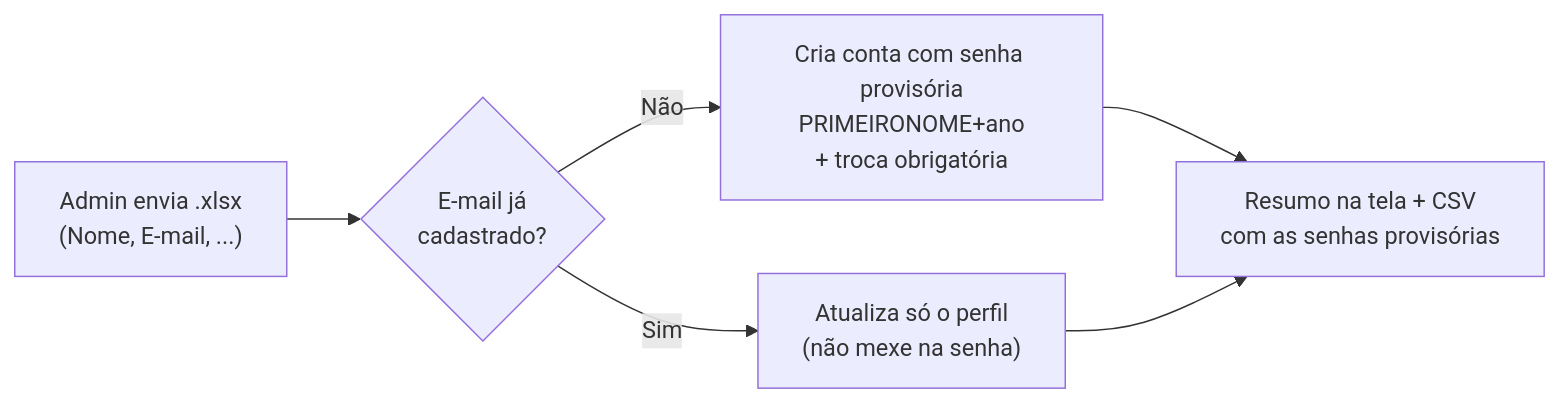
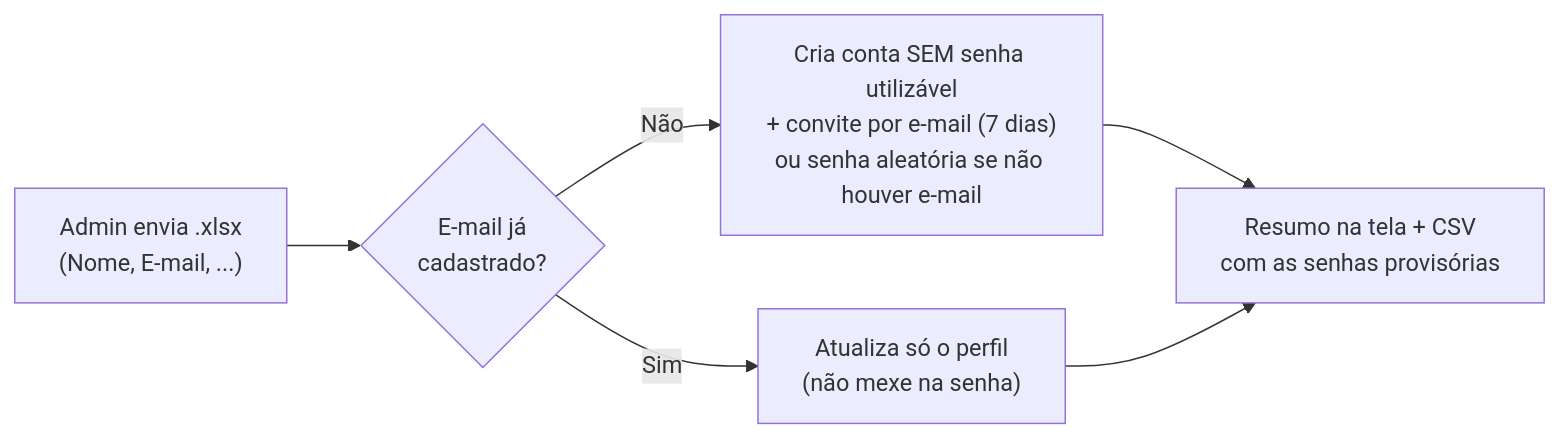
Before and after one commit to Vaniteux2006/pdv_memphis: the fourth of 5 diagrams in docs/04-fluxos-bpmn.md, drawn with Mermaid. The commit also changed 8 other files, not shown here.

````diff
--- a/docs/04-fluxos-bpmn.md
+++ b/docs/04-fluxos-bpmn.md
@@ -85,8 +85,8 @@
 ```mermaid
 flowchart LR
   E1["Admin envia .xlsx<br/>(Nome, E-mail, ...)"] --> E2{"E-mail já<br/>cadastrado?"}
-  E2 -- Não --> E3["Cria conta com senha provisória<br/>PRIMEIRONOME+ano<br/>+ troca obrigatória"]
+  E2 -- Não --> E3["Cria conta SEM senha utilizável<br/>+ convite por e-mail (7 dias)<br/>ou senha aleatória se não houver e-mail"]
   E2 -- Sim --> E4["Atualiza só o perfil<br/>(não mexe na senha)"]
   E3 --> E5["Resumo na tela + CSV<br/>com as senhas provisórias"]
   E4 --> E5
 ```
````
